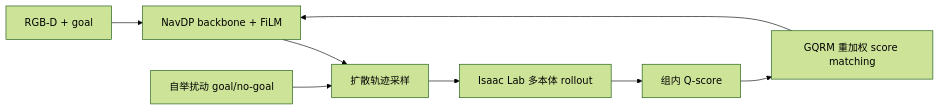
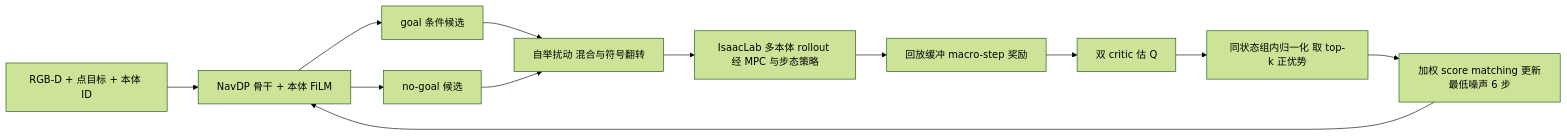
One commit to ImChong/Robotics_Notebooks changed the diagram in wiki/entities/paper-x-navdp.md. Above: the diagram before and after it, drawn with Mermaid (forest theme). The commit also changed other lines of this file and 196 other files, not shown here.

````diff
--- a/wiki/entities/paper-x-navdp.md
+++ b/wiki/entities/paper-x-navdp.md
@@ -85,10 +86,14 @@
 ```mermaid
 flowchart LR
-  rgbd[RGB-D + goal] --> navdp[NavDP backbone + FiLM]
-  navdp --> samples[扩散轨迹采样]
-  pert[自举扰动 goal/no-goal] --> samples
-  samples --> env[Isaac Lab 多本体 rollout]
-  env --> qgroup[组内 Q-score]
-  qgroup --> gqrm[GQRM 重加权 score matching]
-  gqrm --> navdp
+  obs[RGB-D + 点目标 + 本体 ID] --> pol[NavDP 骨干 + 本体 FiLM]
+  pol --> goalc[goal 条件候选]
+  pol --> nog[no-goal 候选]
+  goalc --> mix[自举扰动 混合与符号翻转]
+  nog --> mix
+  mix --> roll[IsaacLab 多本体 rollout 经 MPC 与步态策略]
+  roll --> buf[回放缓冲 macro-step 奖励]
+  buf --> crit[双 critic 估 Q]
+  crit --> gq[同状态组内归一化 取 top-k 正优势]
+  gq --> upd[加权 score matching 更新最低噪声 6 步]
+  upd --> pol
 ```
````
